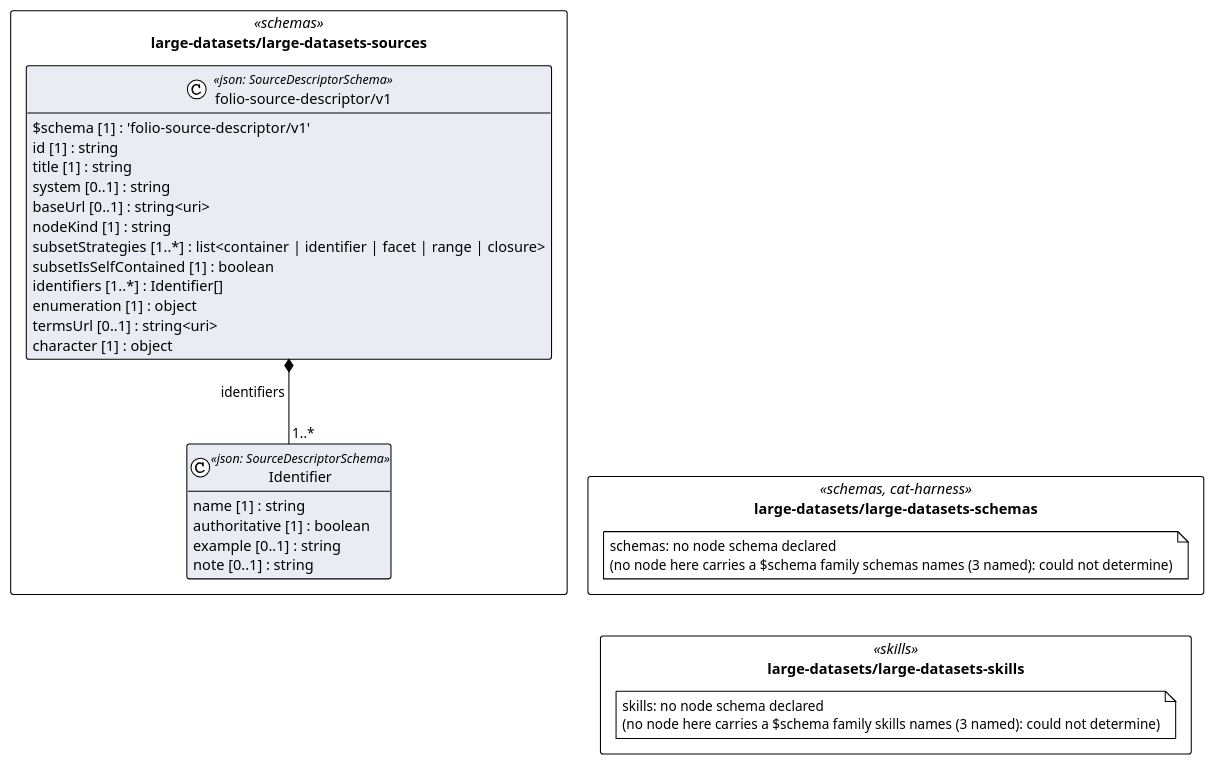
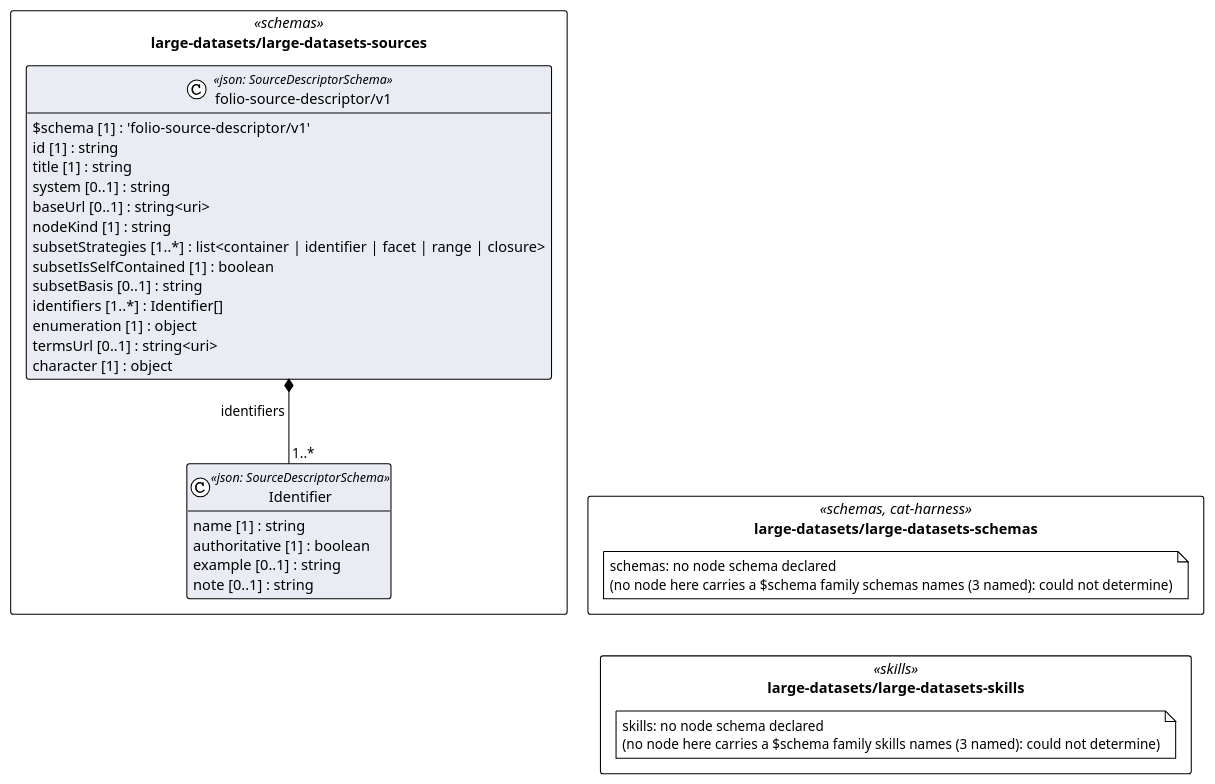
One commit to litlfred/folio-assistant changed the diagram in cat-harness/uml/overview/large-datasets.puml. Above: the diagram before and after it, drawn with PlantUML. The commit also changed 27 other files, not shown here.

First line of the commit message:
w5bn: the mathlib descriptor passes its schema, and materialize-remote calls the descriptor

```diff
--- a/cat-harness/uml/overview/large-datasets.puml
+++ b/cat-harness/uml/overview/large-datasets.puml
@@ -3,41 +3,42 @@
 @startuml large_datasets
 !pragma layout elk
 !theme plain
 skinparam classAttributeIconSize 0
 skinparam shadowing false
 skinparam packageStyle rectangle
 hide empty methods
 
 package "large-datasets/large-datasets-schemas" as pkg_large_datasets_large_datasets_schemas <<schemas, cat-harness>> {
   note "schemas: no node schema declared\n(no node here carries a $schema family schemas names (3 named): could not determine)" as n_large_datasets_large_datasets_schemas_schemas
 }
 package "large-datasets/large-datasets-sources" as pkg_large_datasets_large_datasets_sources <<schemas>> {
   class "Identifier" as large_datasets_large_datasets_sources_folio_source_descriptor_v1_Identifier <<json: SourceDescriptorSchema>> #e9edf3 {
     name [1] : string
     authoritative [1] : boolean
     example [0..1] : string
     note [0..1] : string
   }
   class "folio-source-descriptor/v1" as large_datasets_large_datasets_sources_folio_source_descriptor_v1_folio_source_descriptor_v1 <<json: SourceDescriptorSchema>> #e9edf3 {
     $schema [1] : 'folio-source-descriptor/v1'
     id [1] : string
     title [1] : string
     system [0..1] : string
     baseUrl [0..1] : string<uri>
     nodeKind [1] : string
     subsetStrategies [1..*] : list<container | identifier | facet | range | closure>
     subsetIsSelfContained [1] : boolean
+    subsetBasis [0..1] : string
     identifiers [1..*] : Identifier[]
     enumeration [1] : object
     termsUrl [0..1] : string<uri>
     character [1] : object
   }
 }
 package "large-datasets/large-datasets-skills" as pkg_large_datasets_large_datasets_skills <<skills>> {
   note "skills: no node schema declared\n(no node here carries a $schema family skills names (3 named): could not determine)" as n_large_datasets_large_datasets_skills_skills
 }
 
 large_datasets_large_datasets_sources_folio_source_descriptor_v1_folio_source_descriptor_v1 *-- "1..*" large_datasets_large_datasets_sources_folio_source_descriptor_v1_Identifier : identifiers
 ' grid: portrait, 2 column(s) — pkg_large_datasets_large_datasets_schemas pkg_large_datasets_large_datasets_sources pkg_large_datasets_large_datasets_skills
 pkg_large_datasets_large_datasets_schemas -[hidden]down- pkg_large_datasets_large_datasets_skills
 @enduml
```
